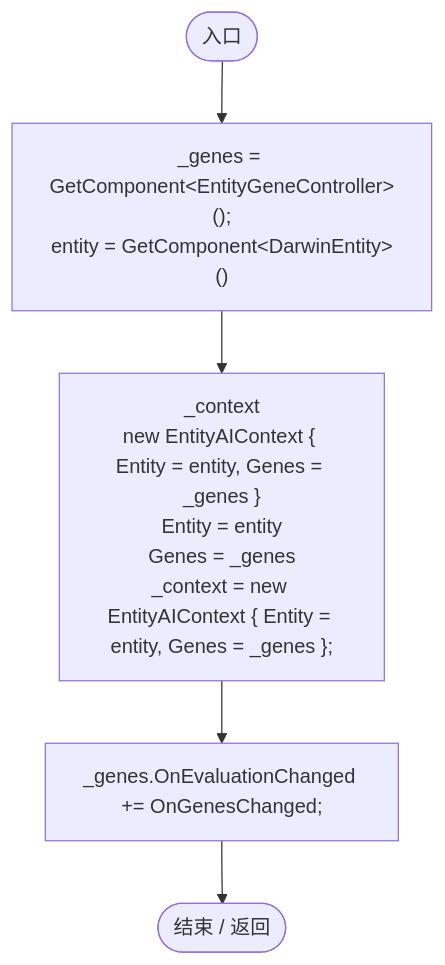
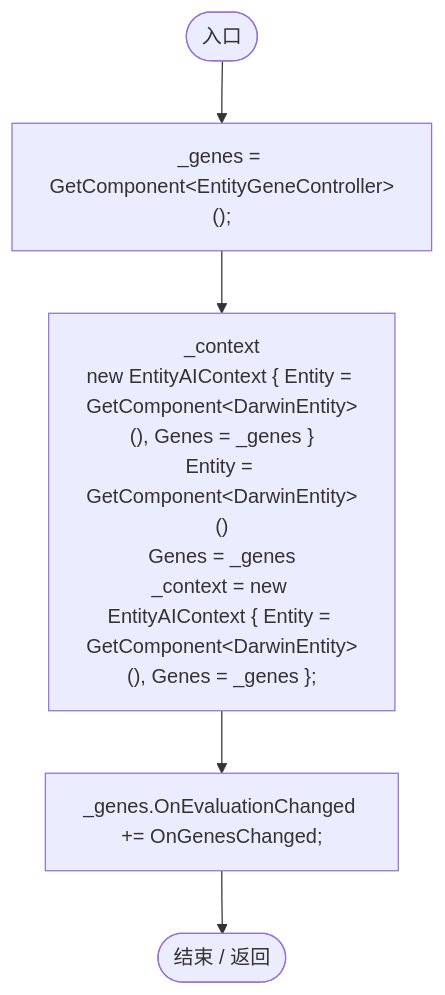
Before and after one commit to xhs6666/Darwin_paradise: the first of 5 diagrams in Docs/运行流程图/脚本/ca7f038c139e16a4.md, drawn with Mermaid. The commit also changed other lines of this file and 167 other files, not shown here.

````diff
--- a/Docs/运行流程图/脚本/ca7f038c139e16a4.md
+++ b/Docs/运行流程图/脚本/ca7f038c139e16a4.md
@@ -19,13 +19,13 @@
 ```mermaid
 flowchart TD
   b0(["入口"])
-  b1["_genes = GetComponent&lt;EntityGeneController&gt;();<br/>entity = GetComponent&lt;DarwinEntity&gt;()"]
-  b2["_context<br/>new EntityAIContext { Entity = entity, Genes = _genes }<br/>Entity = entity<br/>Genes = _genes<br/>_context = new EntityAIContext { Entity = entity, Genes = _genes };"]
+  b1["_genes = GetComponent&lt;EntityGeneController&gt;();"]
+  b2["_context<br/>new EntityAIContext { Entity = GetComponent&lt;DarwinEntity&gt;(), Genes = _genes }<br/>Entity = GetComponent&lt;DarwinEntity&gt;()<br/>Genes = _genes<br/>_context = new EntityAIContext { Entity = GetComponent&lt;DarwinEntity&gt;(), Genes = _genes };"]
   b3["_genes.OnEvaluationChanged += OnGenesChanged;"]
   b4(["结束 / 返回"])
   b0 --> b1
   b1 --> b2
   b2 --> b3
   b3 --> b4
 
 ```
````
